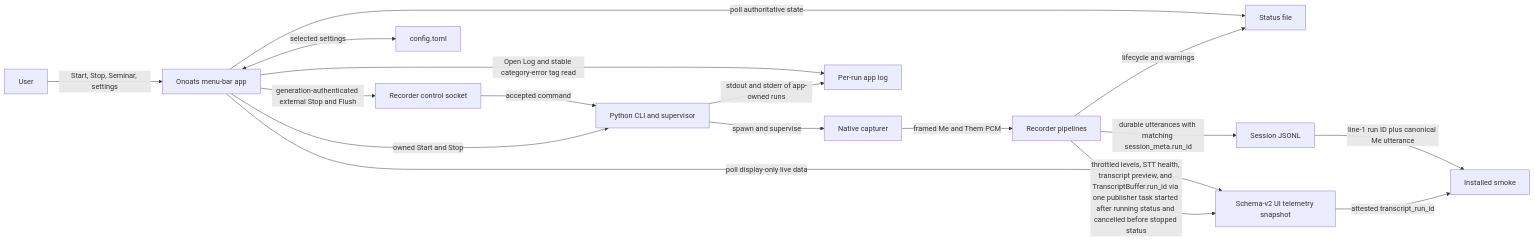
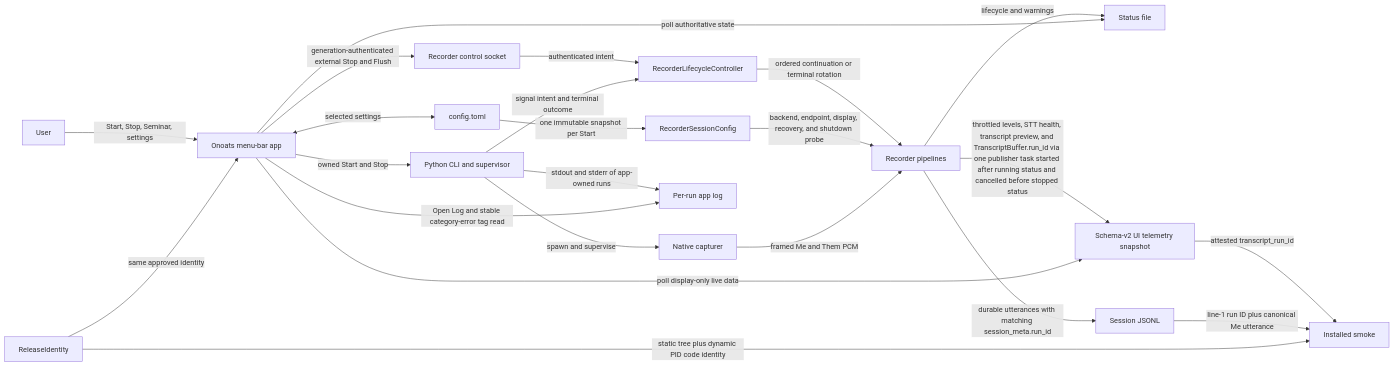
The first of 2 diagrams in docs/dev_plans/20261028-feature-menubar-control-panel.md (vr000m/onoats-bot), drawn with Mermaid before and after one commit. The commit also changed other lines of this file, not shown here.

Commit message:
docs: add unified lifecycle authority phase

````diff
--- a/docs/dev_plans/20261028-feature-menubar-control-panel.md
+++ b/docs/dev_plans/20261028-feature-menubar-control-panel.md
@@ -468,19 +497,25 @@
 ```mermaid
 graph LR
     U["User"] -->|"Start, Stop, Seminar, settings"| M["Onoats menu-bar app"]
     M -->|"owned Start and Stop"| P["Python CLI and supervisor"]
     M -->|"generation-authenticated external Stop and Flush"| Q["Recorder control socket"]
-    Q -->|"accepted command"| P
+    Q -->|"authenticated intent"| LC["RecorderLifecycleController"]
+    P -->|"signal intent and terminal outcome"| LC
+    LC -->|"ordered continuation or terminal rotation"| R
     M <-->|"selected settings"| C["config.toml"]
+    C -->|"one immutable snapshot per Start"| SC["RecorderSessionConfig"]
+    SC -->|"backend, endpoint, display, recovery, and shutdown probe"| R
     P -->|"spawn and supervise"| N["Native capturer"]
     N -->|"framed Me and Them PCM"| R["Recorder pipelines"]
     R -->|"lifecycle and warnings"| S["Status file"]
     R -->|"throttled levels, STT health, transcript preview, and TranscriptBuffer.run_id via one publisher task started after running status and cancelled before stopped status"| T["Schema-v2 UI telemetry snapshot"]
     R -->|"durable utterances with matching session_meta.run_id"| J["Session JSONL"]
     M -->|"poll authoritative state"| S
     M -->|"poll display-only live data"| T
     T -->|"attested transcript_run_id"| X["Installed smoke"]
     J -->|"line-1 run ID plus canonical Me utterance"| X
+    RI["ReleaseIdentity"] -->|"static tree plus dynamic PID code identity"| X
+    RI -->|"same approved identity"| M
     P -->|"stdout and stderr of app-owned runs"| L["Per-run app log"]
     M -->|"Open Log and stable category-error tag read"| L
 ```
````
